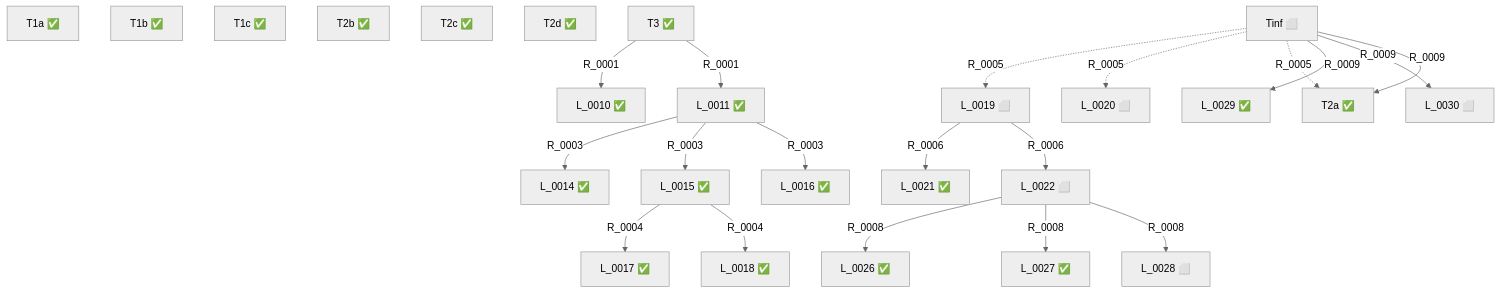
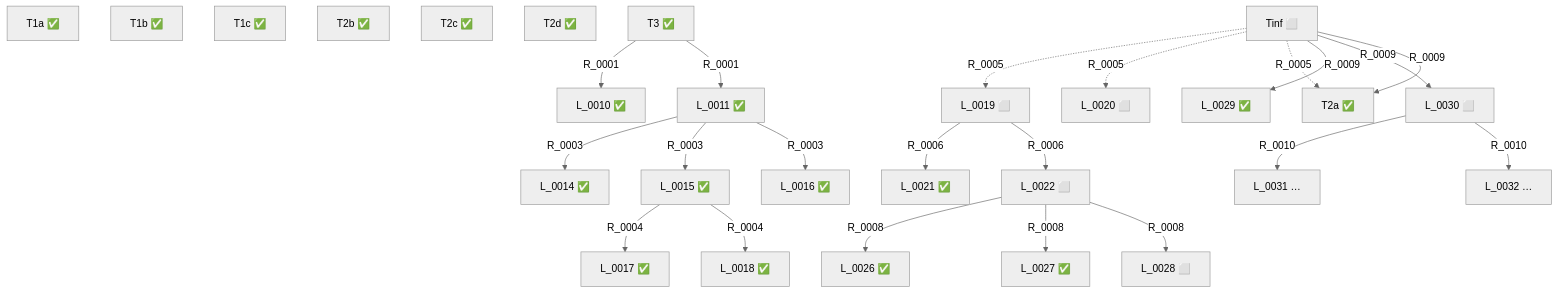
The diagram in STATUS.md (ruca-maths/nickel), drawn with Mermaid (neutral theme) before and after one commit. The commit also changed other lines of this file and 2 other files, not shown here.

````diff
--- a/STATUS.md
+++ b/STATUS.md
@@ -43,46 +45,50 @@
 ```mermaid
 graph TD
   L_0001["T1a ✅"]
   L_0002["T1b ✅"]
   L_0003["T1c ✅"]
   L_0004["T2a ✅"]
   L_0005["T2b ✅"]
   L_0006["T2c ✅"]
   L_0007["T2d ✅"]
   L_0008["T3 ✅"]
   L_0009["Tinf ⬜"]
   L_0010["L_0010 ✅"]
   L_0011["L_0011 ✅"]
   L_0014["L_0014 ✅"]
   L_0015["L_0015 ✅"]
   L_0016["L_0016 ✅"]
   L_0017["L_0017 ✅"]
   L_0018["L_0018 ✅"]
   L_0019["L_0019 ⬜"]
   L_0020["L_0020 ⬜"]
   L_0021["L_0021 ✅"]
   L_0022["L_0022 ⬜"]
   L_0026["L_0026 ✅"]
   L_0027["L_0027 ✅"]
   L_0028["L_0028 ⬜"]
   L_0029["L_0029 ✅"]
   L_0030["L_0030 ⬜"]
+  L_0031["L_0031 …"]
+  L_0032["L_0032 …"]
   L_0008 -->|R_0001| L_0010
   L_0008 -->|R_0001| L_0011
   L_0011 -->|R_0003| L_0014
   L_0011 -->|R_0003| L_0015
   L_0011 -->|R_0003| L_0016
   L_0015 -->|R_0004| L_0017
   L_0015 -->|R_0004| L_0018
   L_0009 -.->|R_0005| L_0019
   L_0009 -.->|R_0005| L_0020
   L_0009 -.->|R_0005| L_0004
   L_0019 -->|R_0006| L_0021
   L_0019 -->|R_0006| L_0022
   L_0022 -->|R_0008| L_0026
   L_0022 -->|R_0008| L_0027
   L_0022 -->|R_0008| L_0028
   L_0009 -->|R_0009| L_0029
   L_0009 -->|R_0009| L_0030
   L_0009 -->|R_0009| L_0004
+  L_0030 -->|R_0010| L_0031
+  L_0030 -->|R_0010| L_0032
 ```
````
